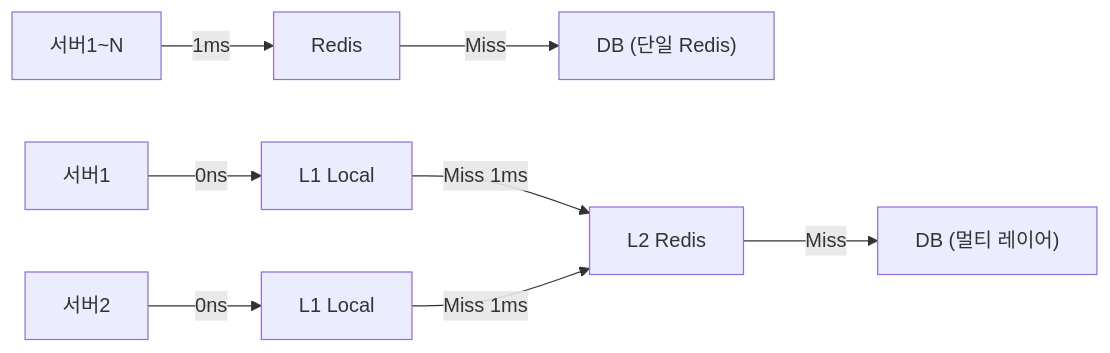
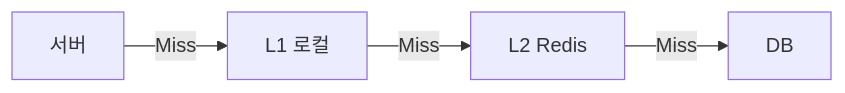
One commit to yjkim2015/yjkim2015.github.io changed the first of 8 diagrams in _posts/caching/2026-05-03-multi-layer-caching.md. Above: the diagram before and after it, drawn with Mermaid. The commit also changed other lines of this file and 163 other files, not shown here.

First line of the commit message:
Mermaid 300개 블록 내용 축소: 5노드 5엣지 이하, 의미 있는 약어

````diff
--- a/_posts/caching/2026-05-03-multi-layer-caching.md
+++ b/_posts/caching/2026-05-03-multi-layer-caching.md
@@ -32,7 +32,6 @@
 ```mermaid
 graph LR
-    S1["서버1~N"] -->|"1ms"| R1["Redis"] -->|"Miss"| DB1["DB (단일 Redis)"]
-    S2["서버1"] -->|"0ns"| L1A["L1 Local"]
-    S3["서버2"] -->|"0ns"| L1B["L1 Local"]
-    L1A & L1B -->|"Miss 1ms"| R2["L2 Redis"] -->|"Miss"| DB2["DB (멀티 레이어)"]
+    S["서버"] -->|"Miss"| L1["L1 로컬"]
+    L1 -->|"Miss"| L2["L2 Redis"]
+    L2 -->|"Miss"| DB["DB"]
 ```
````
